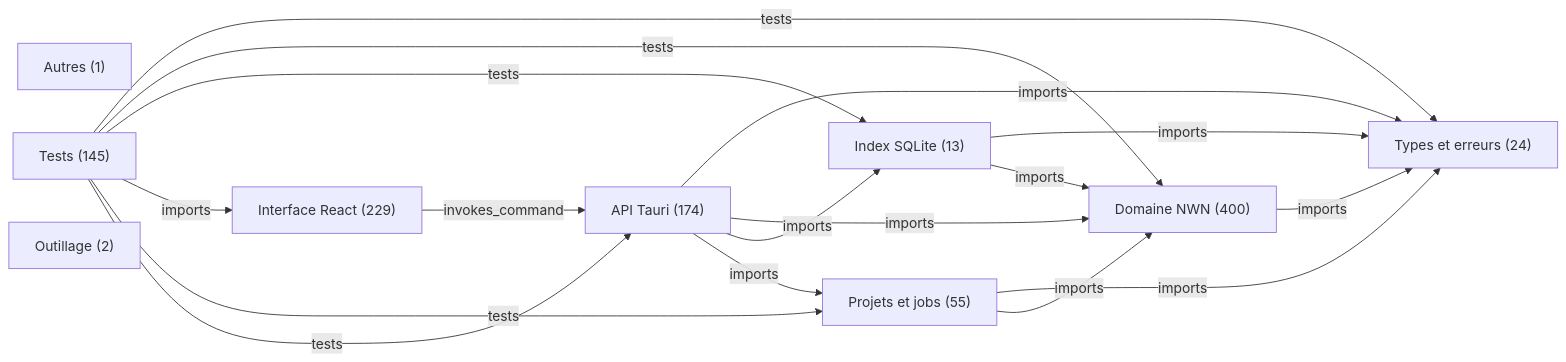
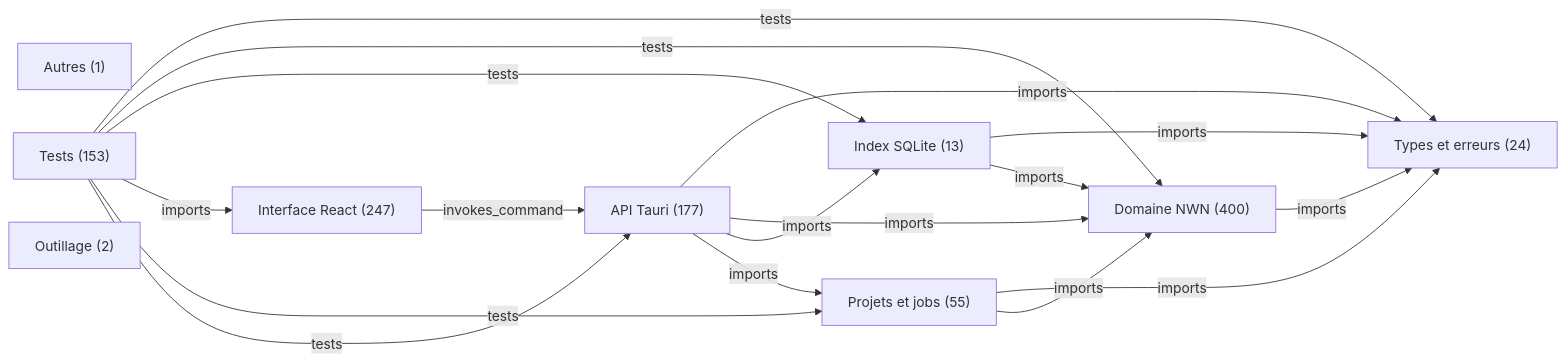
One commit to Karenax/OpenNever_Forge changed the diagram in docs/architecture/overview.mmd. Above: the diagram before and after it, drawn with Mermaid. The commit also changed 25 other files, not shown here.

```diff
--- a/docs/architecture/overview.mmd
+++ b/docs/architecture/overview.mmd
@@ -1,26 +1,26 @@
 flowchart LR
   layer_0["Types et erreurs (24)"]
   layer_1["Domaine NWN (400)"]
   layer_2["Index SQLite (13)"]
-  layer_3["Interface React (229)"]
+  layer_3["Interface React (247)"]
   layer_4["Autres (1)"]
   layer_5["Projets et jobs (55)"]
-  layer_6["API Tauri (174)"]
-  layer_7["Tests (145)"]
+  layer_6["API Tauri (177)"]
+  layer_7["Tests (153)"]
   layer_8["Outillage (2)"]
   layer_1 -->|"imports"| layer_0
   layer_2 -->|"imports"| layer_0
   layer_2 -->|"imports"| layer_1
   layer_3 -->|"invokes_command"| layer_6
   layer_5 -->|"imports"| layer_0
   layer_5 -->|"imports"| layer_1
   layer_6 -->|"imports"| layer_0
   layer_6 -->|"imports"| layer_1
   layer_6 -->|"imports"| layer_2
   layer_6 -->|"imports"| layer_5
   layer_7 -->|"tests"| layer_0
   layer_7 -->|"tests"| layer_1
   layer_7 -->|"tests"| layer_2
   layer_7 -->|"imports"| layer_3
   layer_7 -->|"tests"| layer_5
   layer_7 -->|"tests"| layer_6
```
